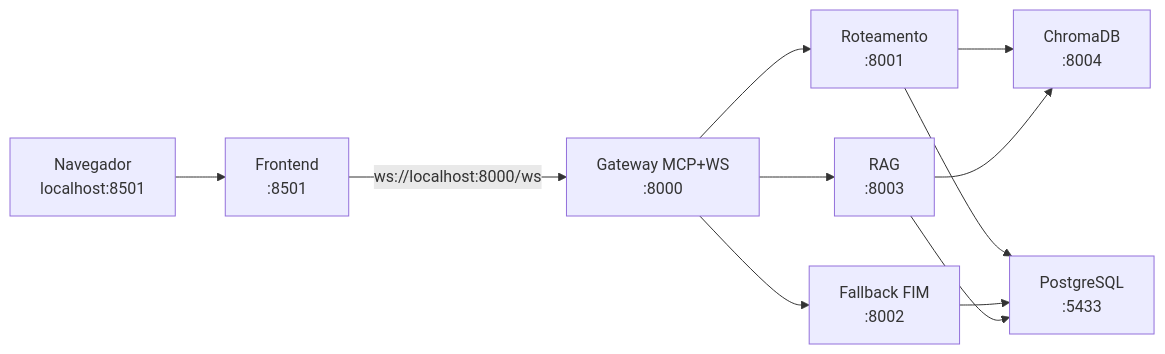
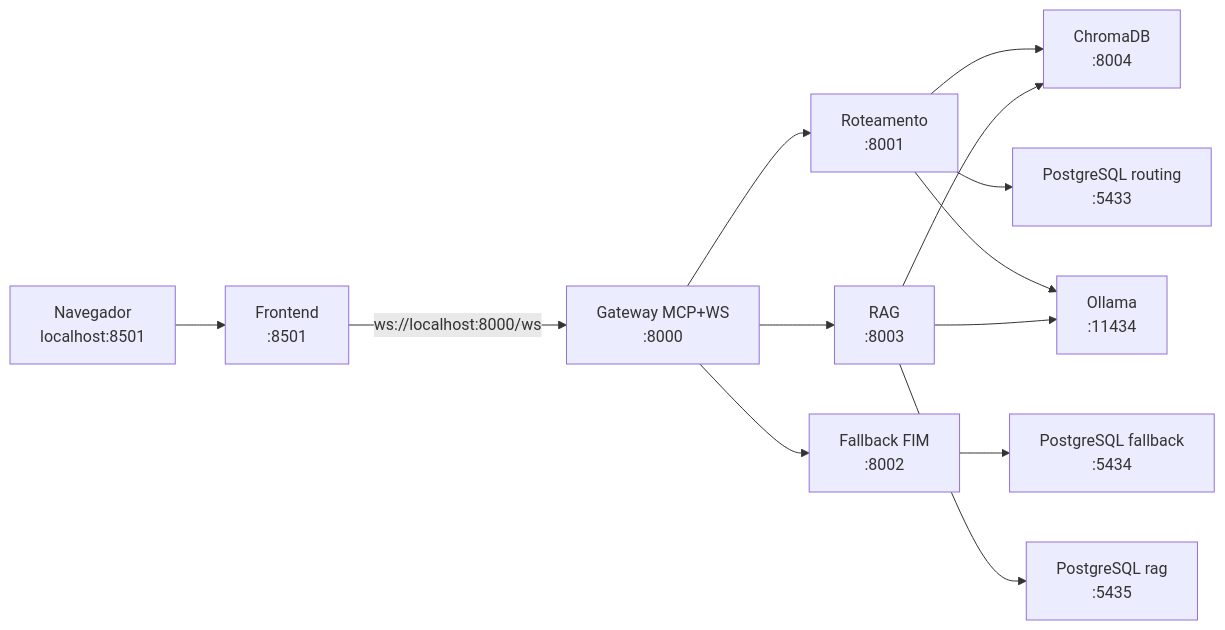
The diagram in README.md (livia-della-garza/Trabalho-Pratico-Sistemas-Distribuidos), drawn with Mermaid before and after one commit. The commit also changed other lines of this file, not shown here.

````diff
--- a/README.md
+++ b/README.md
@@ -114,22 +114,27 @@
 ```mermaid
 flowchart LR
   Browser["Navegador\nlocalhost:8501"]
   Front["Frontend\n:8501"]
   GW["Gateway MCP+WS\n:8000"]
   RT["Roteamento\n:8001"]
   FB["Fallback FIM\n:8002"]
   RG["RAG\n:8003"]
   CH["ChromaDB\n:8004"]
-  PG["PostgreSQL\n:5433"]
+  PG1["PostgreSQL routing\n:5433"]
+  PG2["PostgreSQL fallback\n:5434"]
+  PG3["PostgreSQL rag\n:5435"]
+  OL["Ollama\n:11434"]
 
   Browser --> Front
   Front -->|"ws://localhost:8000/ws"| GW
   GW --> RT
   GW --> FB
   GW --> RG
   RT --> CH
-  RT --> PG
-  FB --> PG
+  RT --> PG1
+  RT --> OL
+  FB --> PG2
   RG --> CH
-  RG --> PG
+  RG --> PG3
+  RG --> OL
 ```
````
